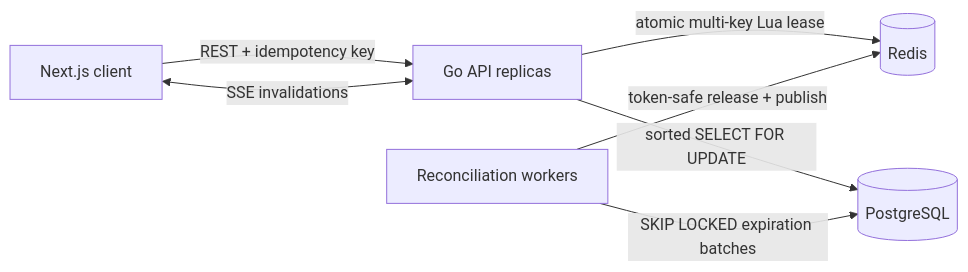
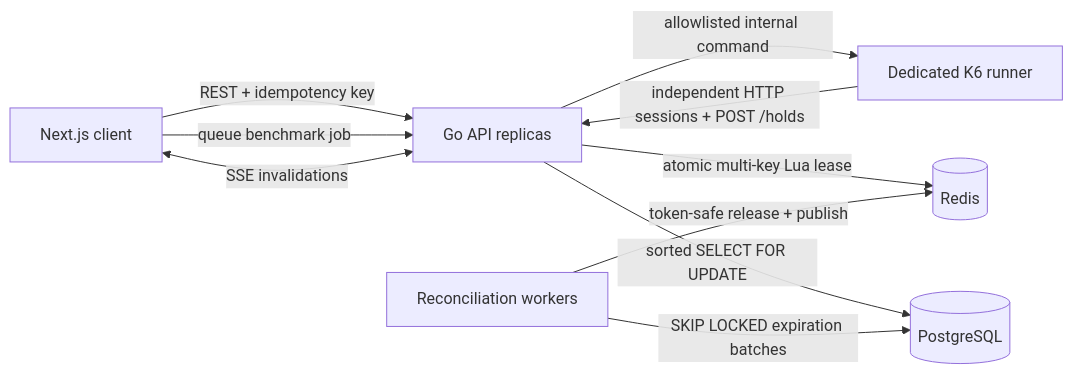
The first of 2 diagrams in docs/ARCHITECTURE.md (narainsingaram1/flashseat), drawn with Mermaid before and after one commit. The commit also changed other lines of this file and 26 other files, not shown here.

````diff
--- a/docs/ARCHITECTURE.md
+++ b/docs/ARCHITECTURE.md
@@ -5,9 +5,12 @@
 ```mermaid
 flowchart LR
   B[Next.js client] -->|REST + idempotency key| A[Go API replicas]
+  B -->|queue benchmark job| A
+  A -->|allowlisted internal command| K[Dedicated K6 runner]
+  K -->|independent HTTP sessions + POST /holds| A
   B <-->|SSE invalidations| A
   A -->|atomic multi-key Lua lease| R[(Redis)]
   A -->|sorted SELECT FOR UPDATE| P[(PostgreSQL)]
   W[Reconciliation workers] -->|SKIP LOCKED expiration batches| P
   W -->|token-safe release + publish| R
 ```
````
